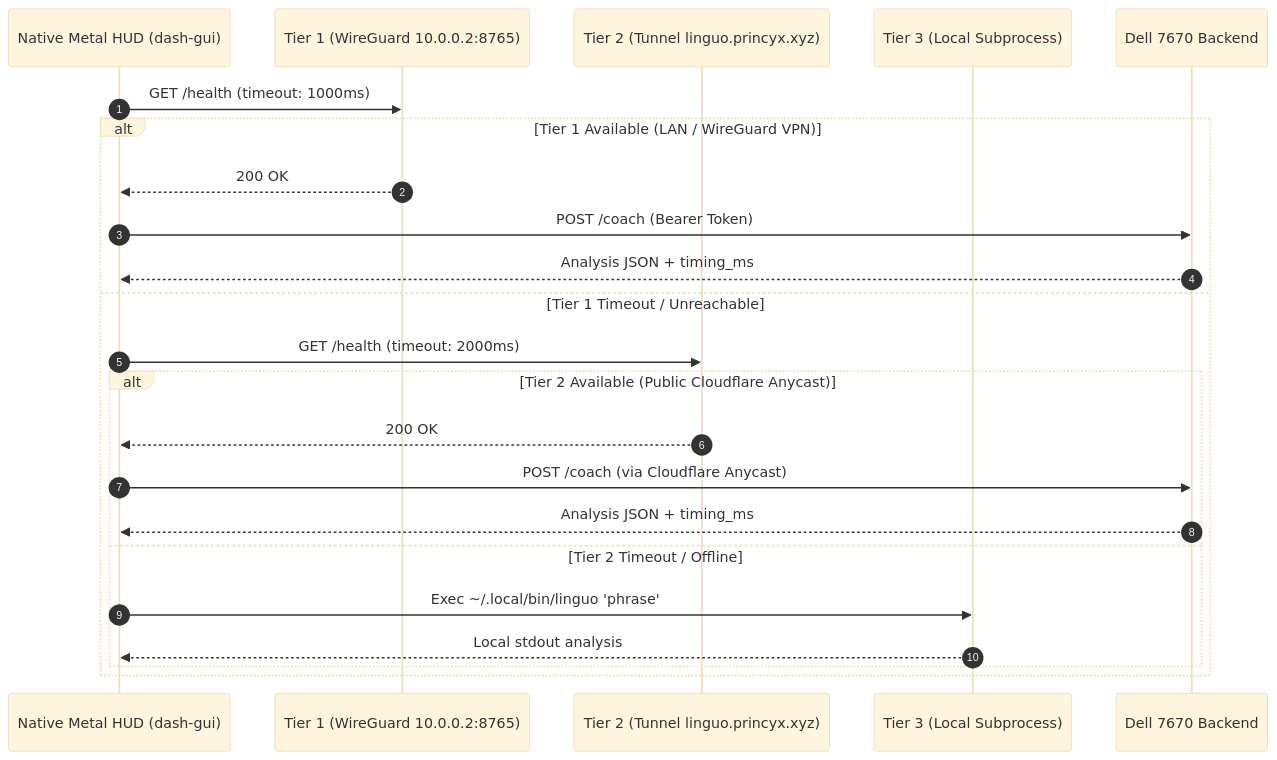
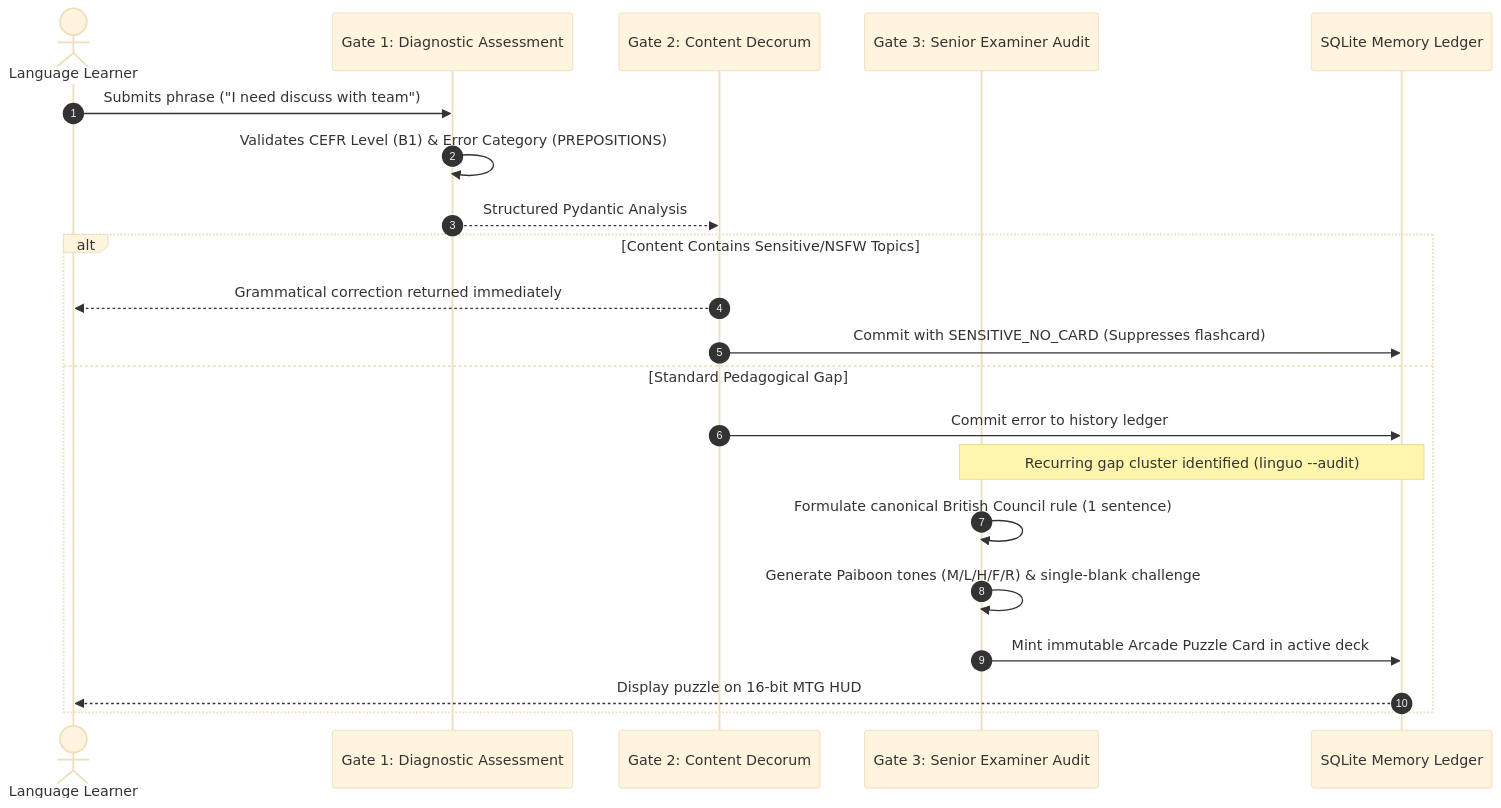
One commit to gptprojectmanager/linguo changed the second of 4 diagrams in README.md. Above: the diagram before and after it, drawn with Mermaid (base theme). The commit also changed other lines of this file, not shown here.

Commit message:
docs: rewrite README with academic pedagogical focus for British Council and university evaluators

````diff
--- a/README.md
+++ b/README.md
@@ -83,26 +64,25 @@
 ```mermaid
 sequenceDiagram
     autonumber
-    participant GUI as Native Metal HUD (dash-gui)
-    participant Tier1 as Tier 1 (WireGuard 10.0.0.2:8765)
-    participant Tier2 as Tier 2 (Tunnel linguo.princyx.xyz)
-    participant Tier3 as Tier 3 (Local Subprocess)
-    participant Dell as Dell 7670 Backend
+    actor Student as Language Learner
+    participant Gate1 as Gate 1: Diagnostic Assessment
+    participant Gate2 as Gate 2: Content Decorum
+    participant Gate3 as Gate 3: Senior Examiner Audit
+    participant Ledger as SQLite Memory Ledger
 
-    GUI->>Tier1: GET /health (timeout: 1000ms)
-    alt Tier 1 Available (LAN / WireGuard VPN)
-        Tier1-->>GUI: 200 OK
-        GUI->>Dell: POST /coach (Bearer Token)
-        Dell-->>GUI: Analysis JSON + timing_ms
-    else Tier 1 Timeout / Unreachable
-        GUI->>Tier2: GET /health (timeout: 2000ms)
-        alt Tier 2 Available (Public Cloudflare Anycast)
-            Tier2-->>GUI: 200 OK
-            GUI->>Dell: POST /coach (via Cloudflare Anycast)
-            Dell-->>GUI: Analysis JSON + timing_ms
-        else Tier 2 Timeout / Offline
-            GUI->>Tier3: Exec ~/.local/bin/linguo 'phrase'
-            Tier3-->>GUI: Local stdout analysis
-        end
+    Student->>Gate1: Submits phrase ("I need discuss with team")
+    Gate1->>Gate1: Validates CEFR Level (B1) & Error Category (PREPOSITIONS)
+    Gate1-->>Gate2: Structured Pydantic Analysis
+    
+    alt Content Contains Sensitive/NSFW Topics
+        Gate2-->>Student: Grammatical correction returned immediately
+        Gate2->>Ledger: Commit with SENSITIVE_NO_CARD (Suppresses flashcard)
+    else Standard Pedagogical Gap
+        Gate2->>Ledger: Commit error to history ledger
+        Note over Ledger,Gate3: Recurring gap cluster identified (linguo --audit)
+        Gate3->>Gate3: Formulate canonical British Council rule (1 sentence)
+        Gate3->>Gate3: Generate Paiboon tones (M/L/H/F/R) & single-blank challenge
+        Gate3->>Ledger: Mint immutable Arcade Puzzle Card in active deck
+        Ledger-->>Student: Display puzzle on 16-bit MTG HUD
     end
 ```
````
